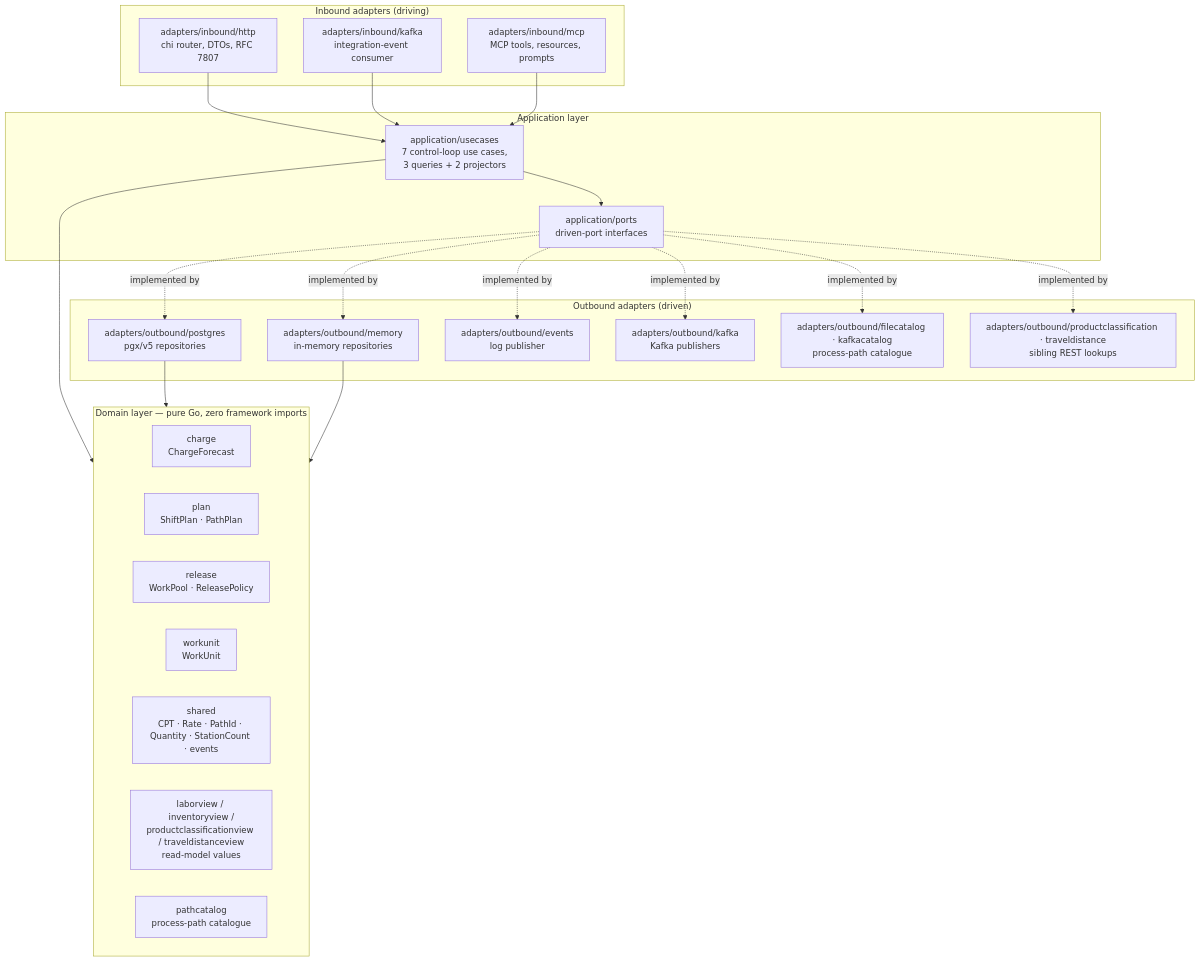
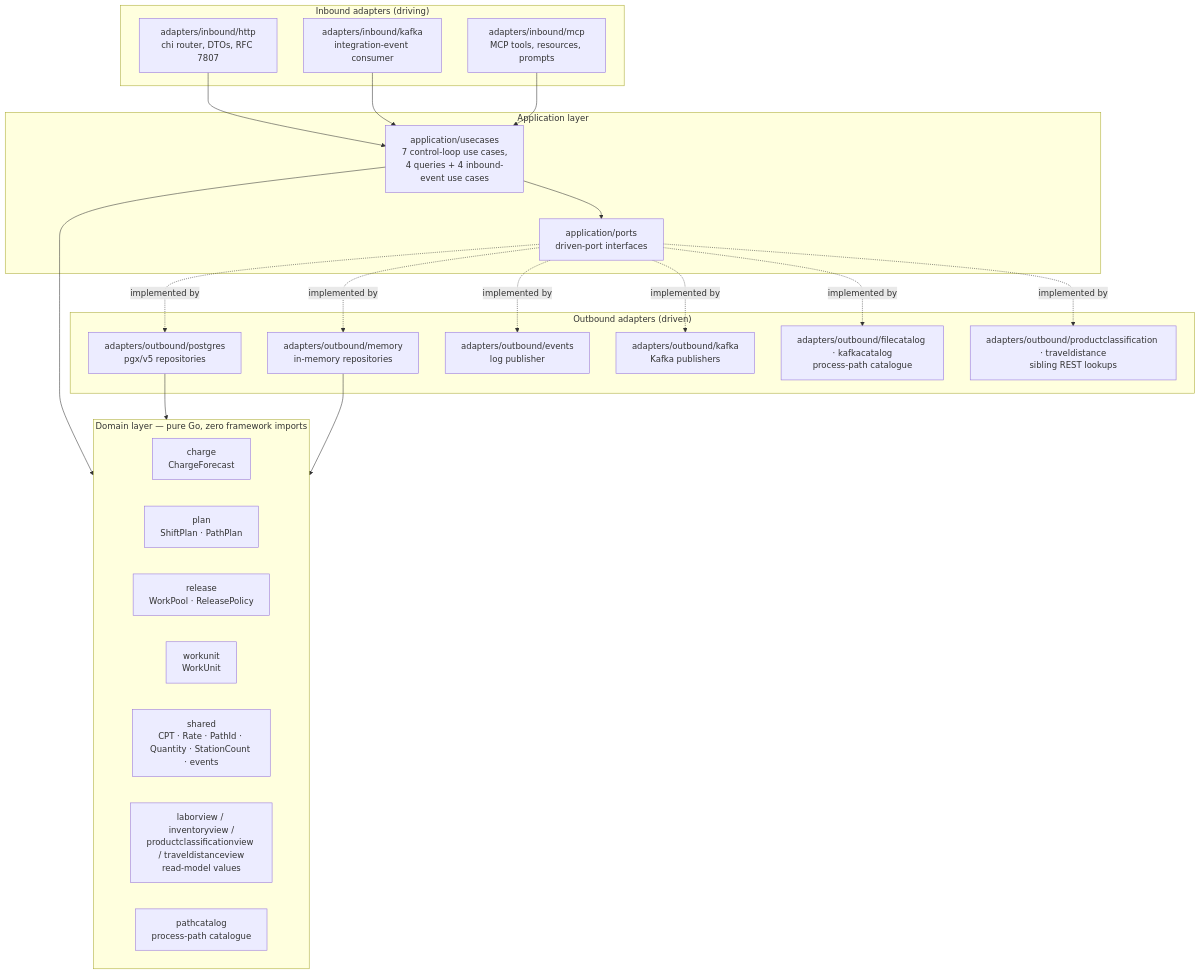
Before and after one commit to IQVO/wes-work-planning: the diagram in docs/docs/overview/hexagonal-layering.md, drawn with Mermaid. The commit also changed other lines of this file and 38 other files, not shown here.

````diff
--- a/docs/docs/overview/hexagonal-layering.md
+++ b/docs/docs/overview/hexagonal-layering.md
@@ -18,46 +18,46 @@
 ```mermaid
 flowchart TB
     subgraph inbound["Inbound adapters (driving)"]
         HTTP["adapters/inbound/http<br/>chi router, DTOs, RFC 7807"]
         KIN["adapters/inbound/kafka<br/>integration-event consumer"]
         MCPIN["adapters/inbound/mcp<br/>MCP tools, resources, prompts"]
     end
 
     subgraph app["Application layer"]
-        UC["application/usecases<br/>7 control-loop use cases,<br/>3 queries + 2 projectors"]
+        UC["application/usecases<br/>7 control-loop use cases,<br/>4 queries + 4 inbound-event use cases"]
         PORTS["application/ports<br/>driven-port interfaces"]
     end
 
     subgraph domain["Domain layer — pure Go, zero framework imports"]
         CH["charge<br/>ChargeForecast"]
         PL["plan<br/>ShiftPlan · PathPlan"]
         RE["release<br/>WorkPool · ReleasePolicy"]
         WU["workunit<br/>WorkUnit"]
         SH["shared<br/>CPT · Rate · PathId · Quantity · StationCount · events"]
         LV["laborview / inventoryview /<br/>productclassificationview / traveldistanceview<br/>read-model values"]
         PC["pathcatalog<br/>process-path catalogue"]
     end
 
     subgraph outbound["Outbound adapters (driven)"]
         PG["adapters/outbound/postgres<br/>pgx/v5 repositories"]
         MEM["adapters/outbound/memory<br/>in-memory repositories"]
         EV["adapters/outbound/events<br/>log publisher"]
         KOUT["adapters/outbound/kafka<br/>Kafka publishers"]
         CAT["adapters/outbound/filecatalog · kafkacatalog<br/>process-path catalogue"]
         LOOK["adapters/outbound/productclassification · traveldistance<br/>sibling REST lookups"]
     end
 
     HTTP --> UC
     KIN --> UC
     MCPIN --> UC
     UC --> PORTS
     UC --> domain
     PORTS -.implemented by.-> PG
     PORTS -.implemented by.-> MEM
     PORTS -.implemented by.-> EV
     PORTS -.implemented by.-> KOUT
     PORTS -.implemented by.-> CAT
     PORTS -.implemented by.-> LOOK
     PG --> domain
     MEM --> domain
 ```
````
